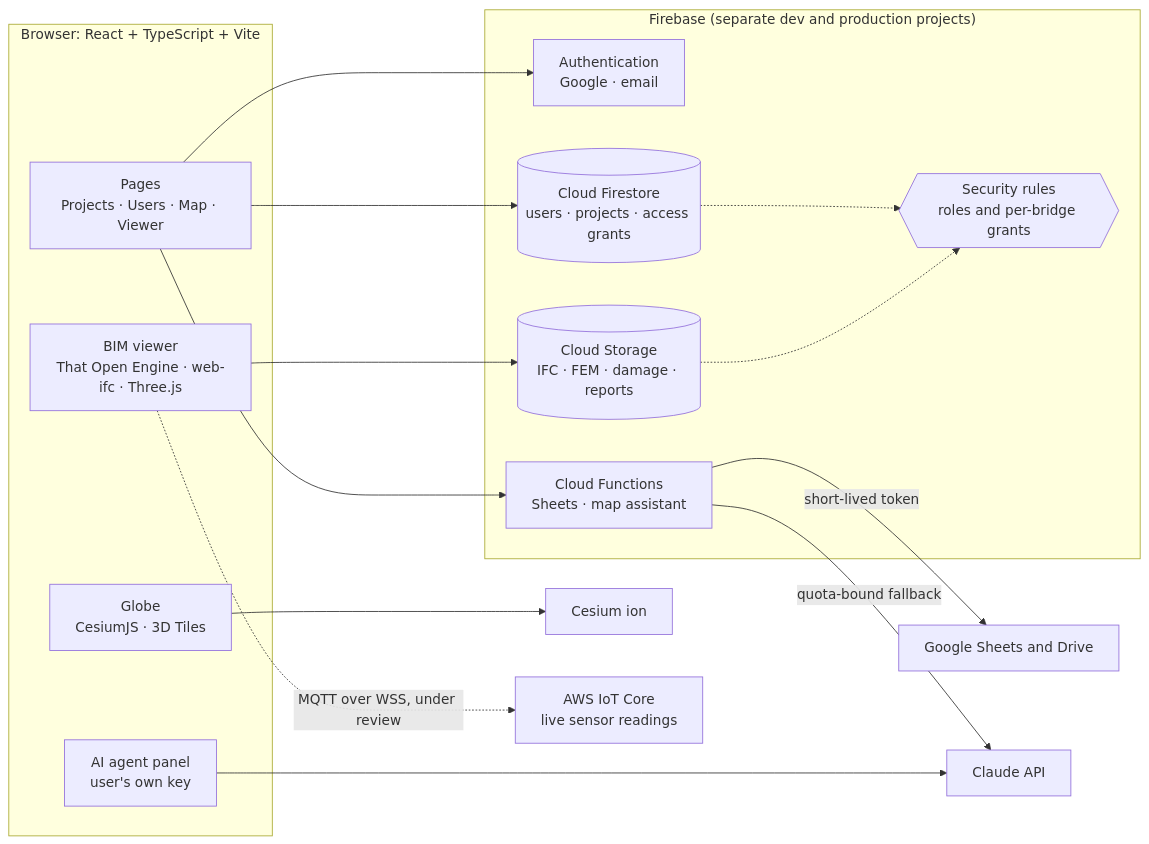
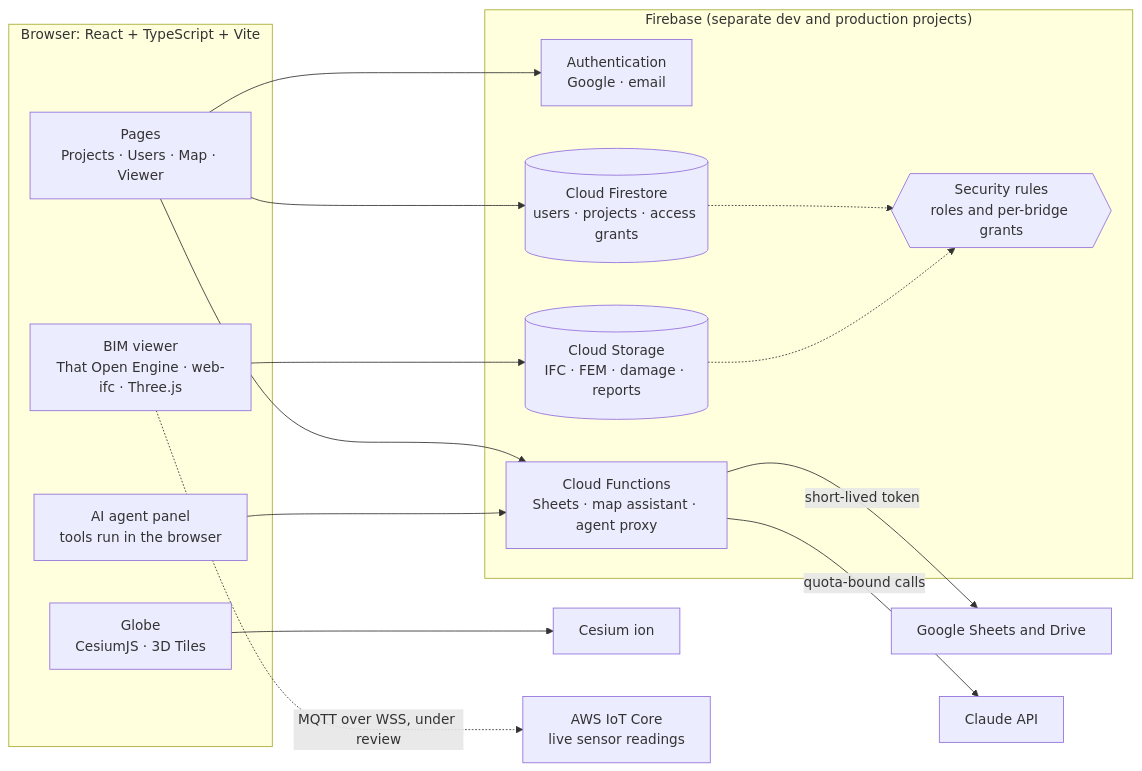
The diagram in README.md (fbrandao2k/digital-twin-platform-case-study), drawn with Mermaid before and after one commit. The commit also changed other lines of this file and 2 other files, not shown here.

Commit message:
Describe the AI agent's server-side proxy
Since 2026-11-20 the viewer agent calls Claude through an authenticated
Cloud Function instead of a key kept in the browser. Update the feature
text, both architecture diagrams, the security bullet and the key
decisions, and note in SOURCES.md that the screenshot predates it.

````diff
--- a/README.md
+++ b/README.md
@@ -118,29 +120,29 @@
 ```mermaid
 flowchart LR
     subgraph Browser["Browser: React + TypeScript + Vite"]
         Pages["Pages<br/>Projects · Users · Map · Viewer"]
         Viewer["BIM viewer<br/>That Open Engine · web-ifc · Three.js"]
         Globe["Globe<br/>CesiumJS · 3D Tiles"]
-        Agent["AI agent panel<br/>user's own key"]
+        Agent["AI agent panel<br/>tools run in the browser"]
     end
 
     subgraph Firebase["Firebase (separate dev and production projects)"]
         Auth["Authentication<br/>Google · email"]
         Firestore[("Cloud Firestore<br/>users · projects · access grants")]
         Storage[("Cloud Storage<br/>IFC · FEM · damage · reports")]
-        Functions["Cloud Functions<br/>Sheets · map assistant"]
+        Functions["Cloud Functions<br/>Sheets · map assistant · agent proxy"]
         Rules{{"Security rules<br/>roles and per-bridge grants"}}
     end
 
     Pages --> Auth
     Viewer --> Storage
     Pages --> Firestore
     Firestore -.-> Rules
     Storage -.-> Rules
     Pages --> Functions
     Functions -->|"short-lived token"| Sheets["Google Sheets and Drive"]
-    Functions -->|"quota-bound fallback"| Claude["Claude API"]
-    Agent --> Claude
+    Agent --> Functions
+    Functions -->|"quota-bound calls"| Claude["Claude API"]
     Globe --> Ion["Cesium ion"]
     Viewer -.->|"MQTT over WSS, under review"| IoT["AWS IoT Core<br/>live sensor readings"]
 ```
````
